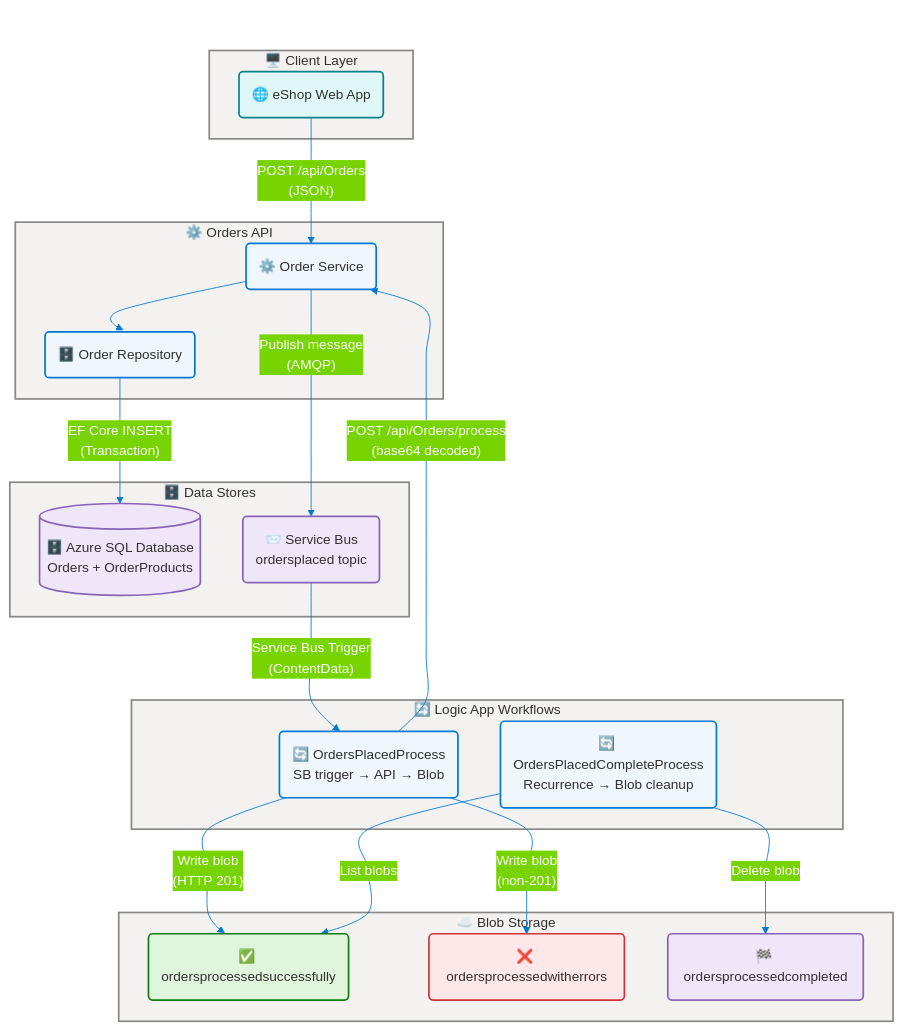
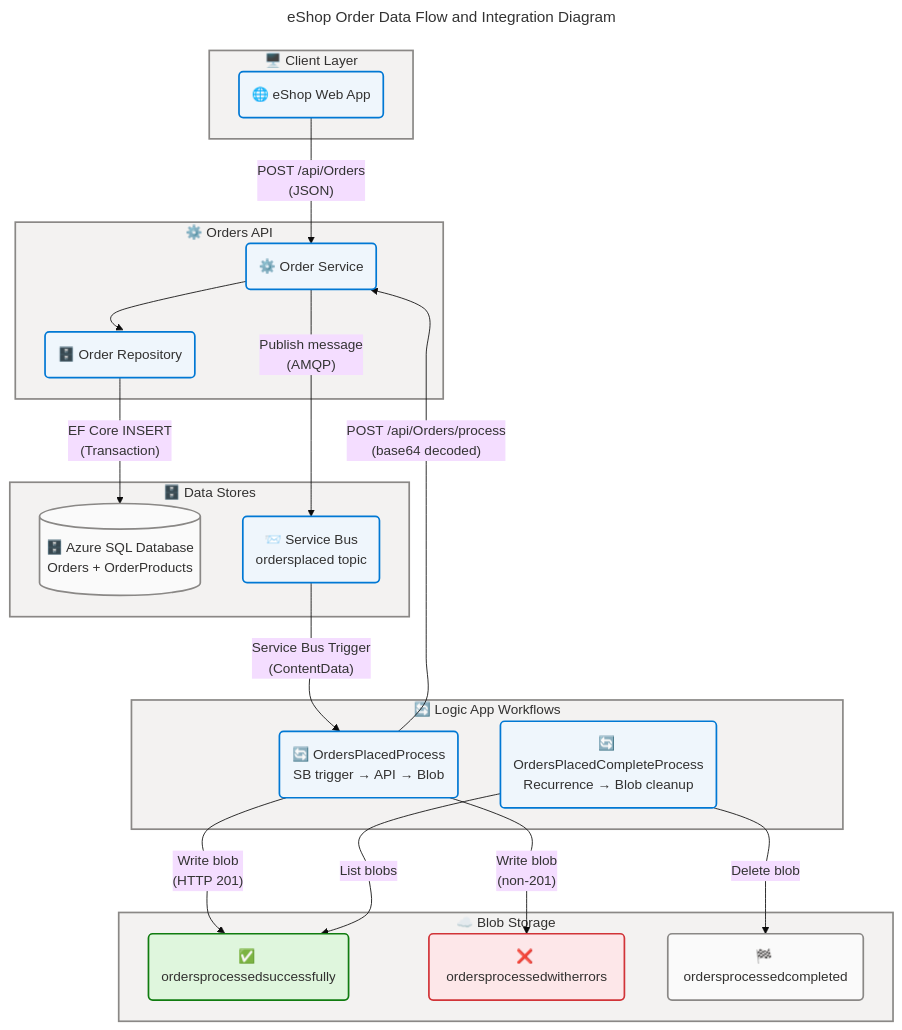
One commit to Evilazaro/Azure-LogicApps-Monitoring changed the sixth of 7 diagrams in docs/architecture/data-architecture.md. Above: the diagram before and after it, drawn with Mermaid. The commit also changed other lines of this file, not shown here.

Commit message:
style: Update class definitions in architecture diagrams to use 'neutral' and 'core' for data elements

````diff
--- a/docs/architecture/data-architecture.md
+++ b/docs/architecture/data-architecture.md
@@ -837,10 +837,6 @@
   layout: dagre
   themeVariables:
     fontSize: '16px'
-    primaryColor: '#0078D4'
-    primaryBorderColor: '#106EBE'
-    primaryTextColor: '#FFFFFF'
-    lineColor: '#0078D4'
   flowchart:
     htmlLabels: true
     curve: cardinal
@@ -906,16 +902,14 @@
     classDef core fill:#EFF6FC,stroke:#0078D4,stroke-width:2px,color:#323130
     classDef success fill:#DFF6DD,stroke:#107C10,stroke-width:2px,color:#323130
     classDef danger fill:#FDE7E9,stroke:#D13438,stroke-width:2px,color:#323130
-    classDef data fill:#F0E6FA,stroke:#8764B8,stroke-width:2px,color:#323130
-    classDef external fill:#E0F7F7,stroke:#038387,stroke-width:2px,color:#323130
-    WA:::external
+    WA:::core
     OS:::core
     OR:::core
-    SQL:::data
-    SB:::data
+    SQL:::neutral
+    SB:::core
     LP:::core
     LC:::core
     BS:::success
     BE:::danger
-    BC:::data
+    BC:::neutral
 ```
````
